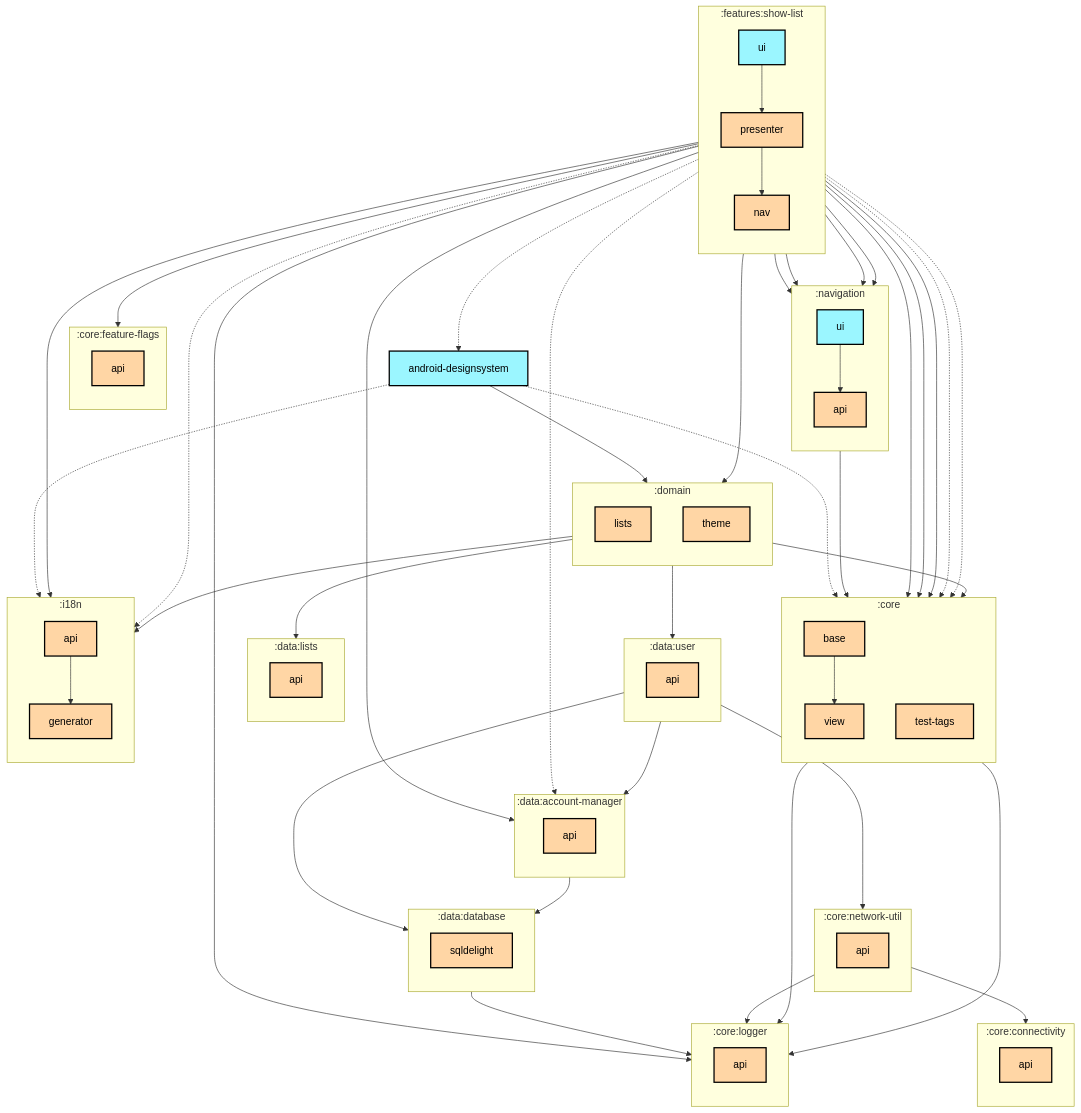
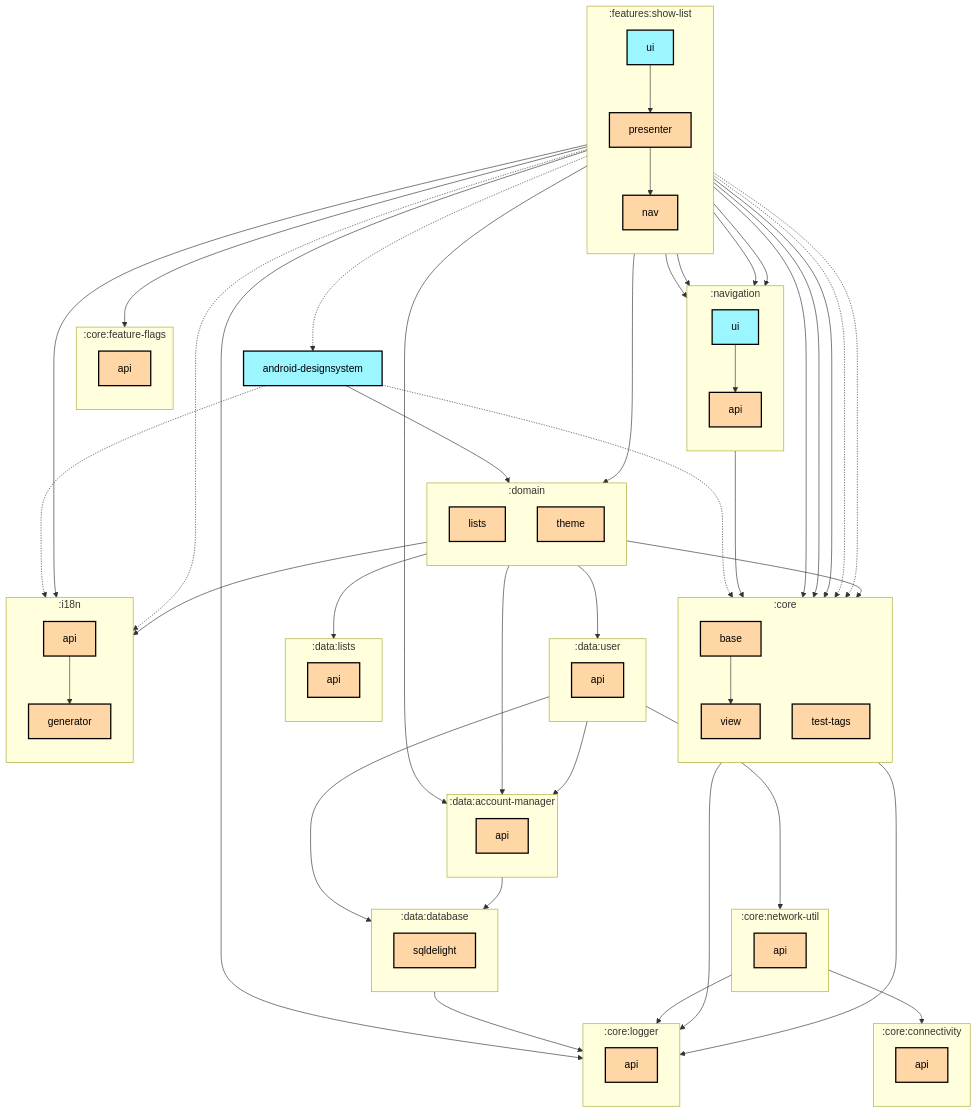
The first of 2 diagrams in features/show-list/ui/README.md (thomaskioko/tv-maniac), drawn with Mermaid before and after one commit. The commit also changed 70 other files, not shown here.

```diff
--- a/features/show-list/ui/README.md
+++ b/features/show-list/ui/README.md
@@ -80,6 +80,7 @@
   :data:user:api --> :data:account-manager:api
   :data:user:api --> :data:database:sqldelight
   :domain:lists --> :core:base
+  :domain:lists --> :data:account-manager:api
   :domain:lists --> :data:lists:api
   :domain:lists --> :data:user:api
   :domain:theme --> :i18n:generator
@@ -98,7 +99,6 @@
   :features:show-list:ui --> :core:base
   :features:show-list:ui -.-> :core:test-tags
   :features:show-list:ui -.-> :core:view
-  :features:show-list:ui -.-> :data:account-manager:api
   :features:show-list:ui --> :features:show-list:presenter
   :features:show-list:ui --> :navigation:api
   :features:show-list:ui --> :navigation:ui
```
